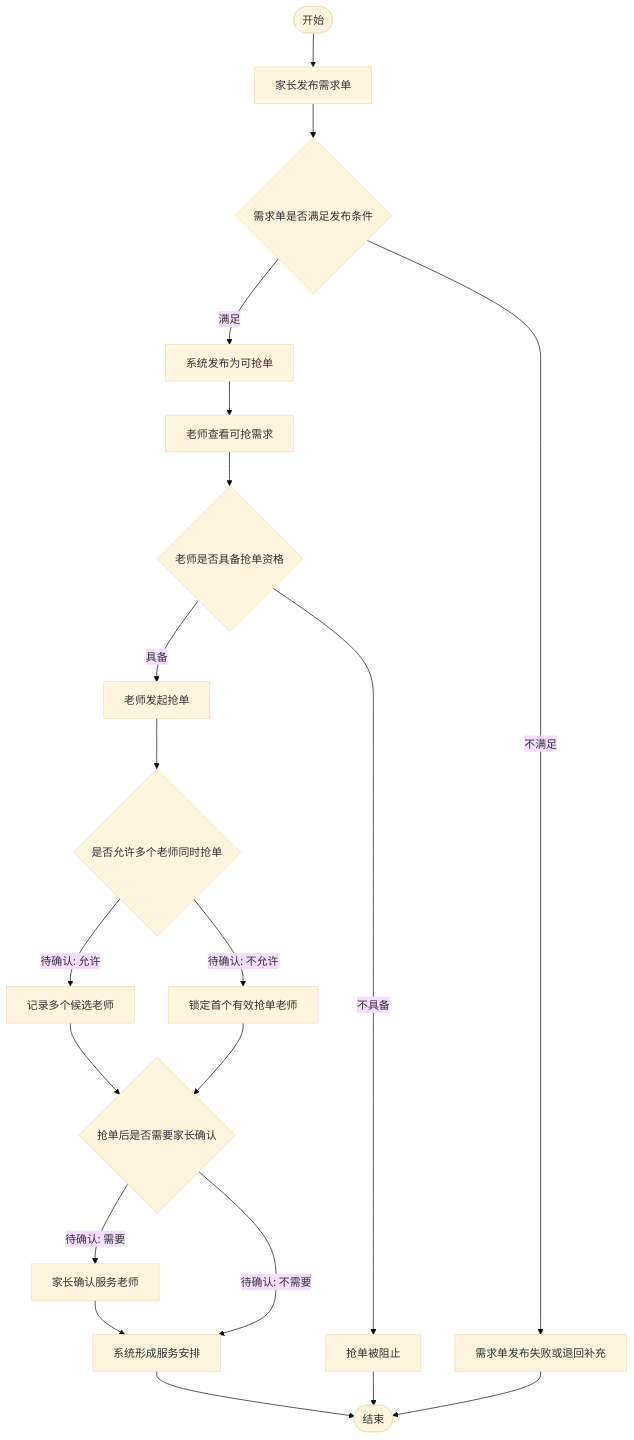
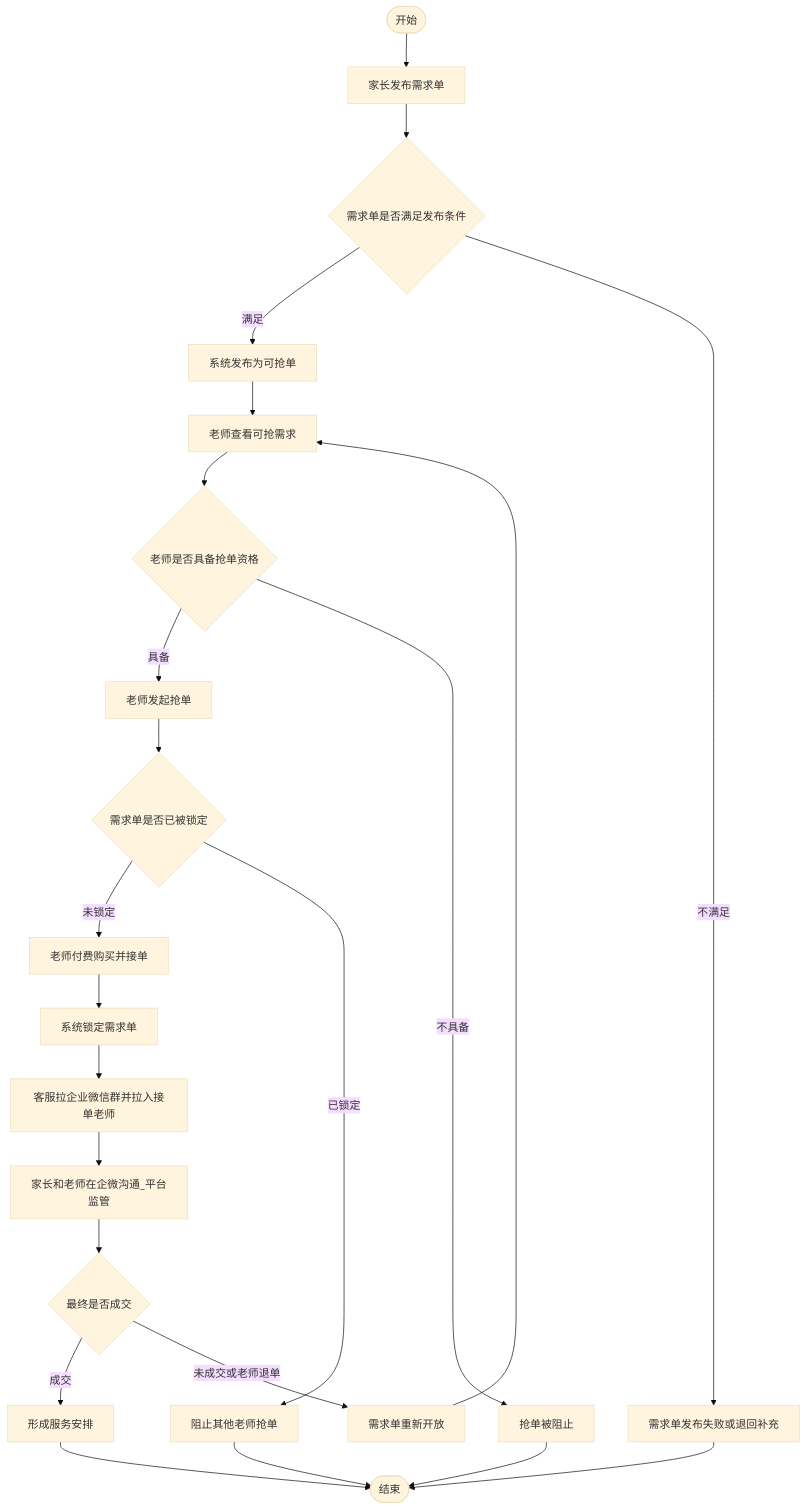
One commit to xyf394175606-arch/yzb changed the first of 5 diagrams in 06_业务流程/业务流程_领榜教育C2C流程_v1_20260603.md. Above: the diagram before and after it, drawn with Mermaid (base theme). The commit also changed other lines of this file and 6 other files, not shown here.

````diff
--- a/06_业务流程/业务流程_领榜教育C2C流程_v1_20260603.md
+++ b/06_业务流程/业务流程_领榜教育C2C流程_v1_20260603.md
@@ -57,22 +70,25 @@
 ```mermaid
 flowchart TD
   S([开始]) --> P1[家长发布需求单]
   P1 --> D1{需求单是否满足发布条件}
   D1 -->|满足| P2[系统发布为可抢单]
   D1 -->|不满足| E1[需求单发布失败或退回补充]
   P2 --> T1[老师查看可抢需求]
   T1 --> D2{老师是否具备抢单资格}
   D2 -->|具备| T2[老师发起抢单]
   D2 -->|不具备| E2[抢单被阻止]
-  T2 --> D3{是否允许多个老师同时抢单}
-  D3 -->|待确认: 允许| P3[记录多个候选老师]
-  D3 -->|待确认: 不允许| P4[锁定首个有效抢单老师]
-  P3 --> D4{抢单后是否需要家长确认}
-  P4 --> D4
-  D4 -->|待确认: 需要| P5[家长确认服务老师]
-  D4 -->|待确认: 不需要| P6[系统形成服务安排]
-  P5 --> P6
-  P6 --> F([结束])
+  T2 --> D3{需求单是否已被锁定}
+  D3 -->|未锁定| P3[老师付费购买并接单]
+  D3 -->|已锁定| E3[阻止其他老师抢单]
+  P3 --> P4[系统锁定需求单]
+  P4 --> P5[客服拉企业微信群并拉入接单老师]
+  P5 --> P6[家长和老师在企微沟通_平台监管]
+  P6 --> D4{最终是否成交}
+  D4 -->|成交| P7[形成服务安排]
+  D4 -->|未成交或老师退单| P8[需求单重新开放]
+  P7 --> F([结束])
+  P8 --> T1
   E1 --> F
   E2 --> F
+  E3 --> F
 ```
````
